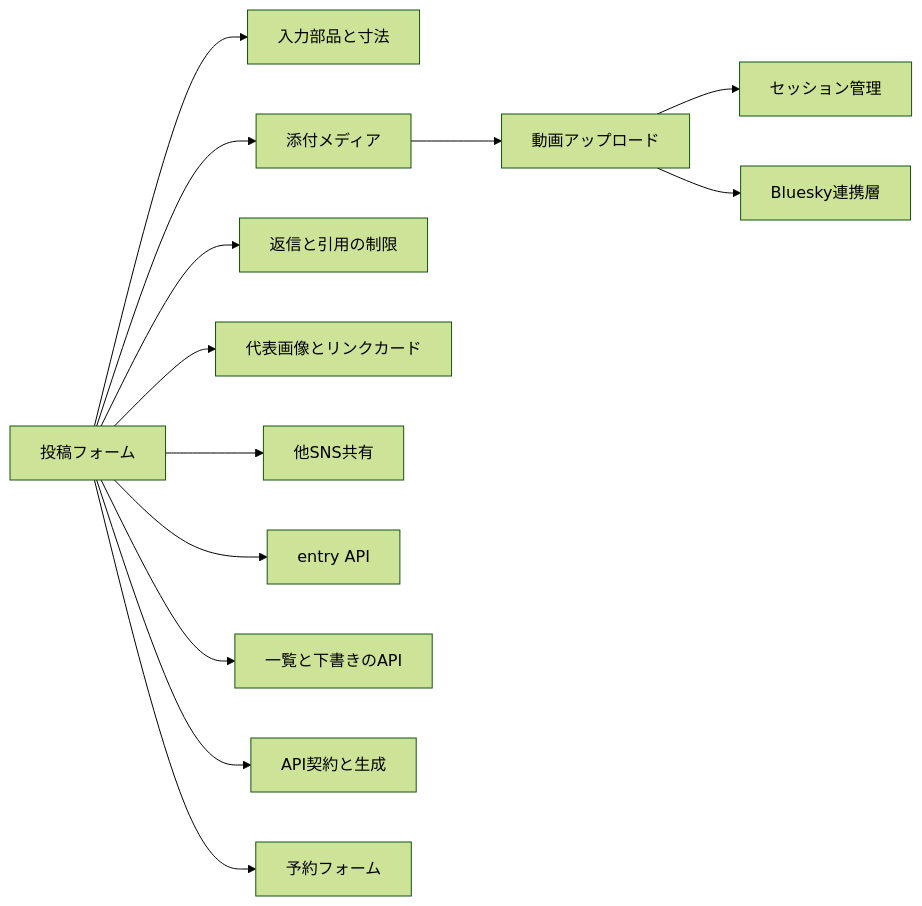
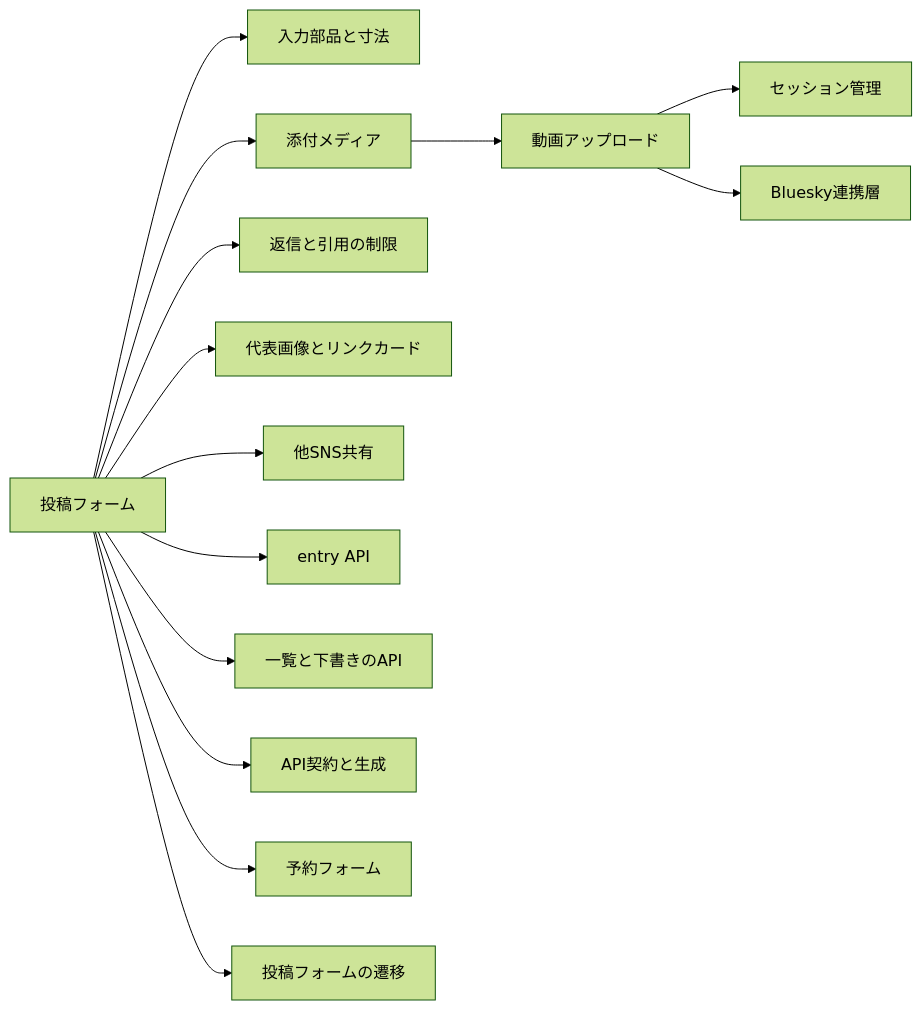
The first of 6 diagrams in docs/architecture/compose.md (nekono-dev/skyshare), drawn with Mermaid (forest theme) before and after one commit. The commit also changed other lines of this file and 14 other files, not shown here.

````diff
--- a/docs/architecture/compose.md
+++ b/docs/architecture/compose.md
@@ -35,15 +36,16 @@
 ```mermaid
 flowchart LR
   composer["投稿フォーム"] --> input["入力部品と寸法"]
   composer --> media["添付メディア"]
   composer --> gate["返信と引用の制限"]
   composer --> visual["代表画像とリンクカード"]
   composer --> share["他SNS共有"]
   composer --> entryapi["entry API"]
   composer --> listapi["一覧と下書きのAPI"]
   composer --> contract["API契約と生成"]
   composer --> schedule["予約フォーム"]
+  composer --> navigation["投稿フォームの遷移"]
   media --> video["動画アップロード"]
   video --> session["セッション管理"]
   video --> atproto["Bluesky連携層"]
 ```
````
